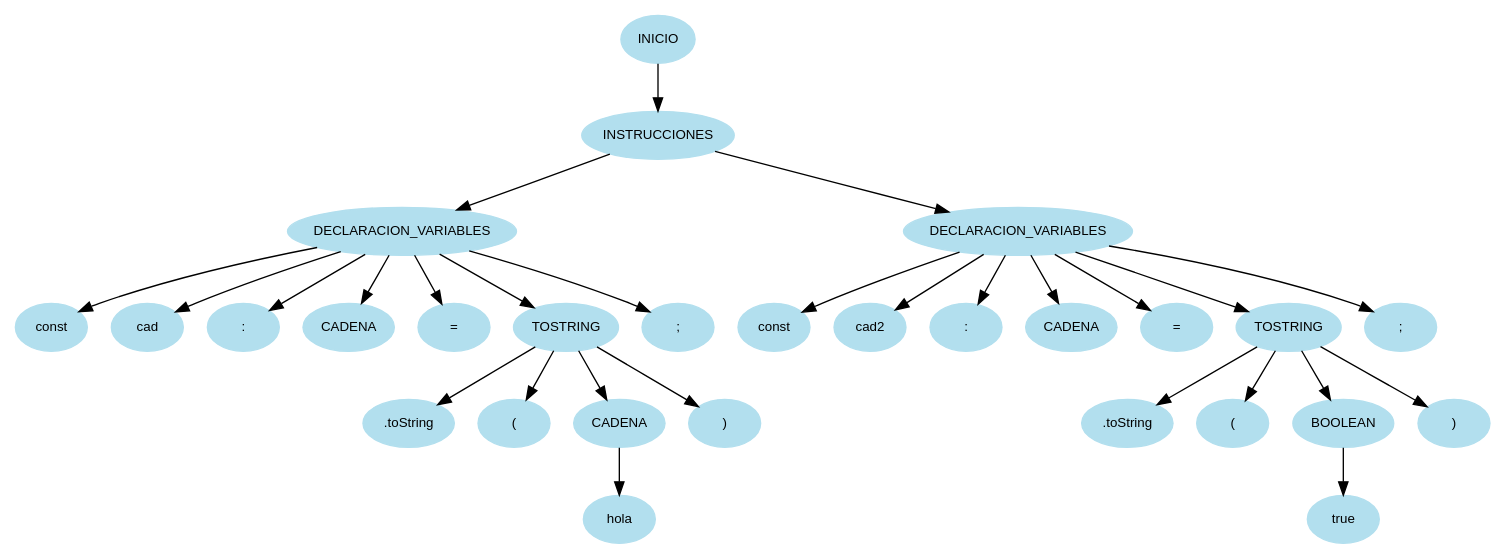
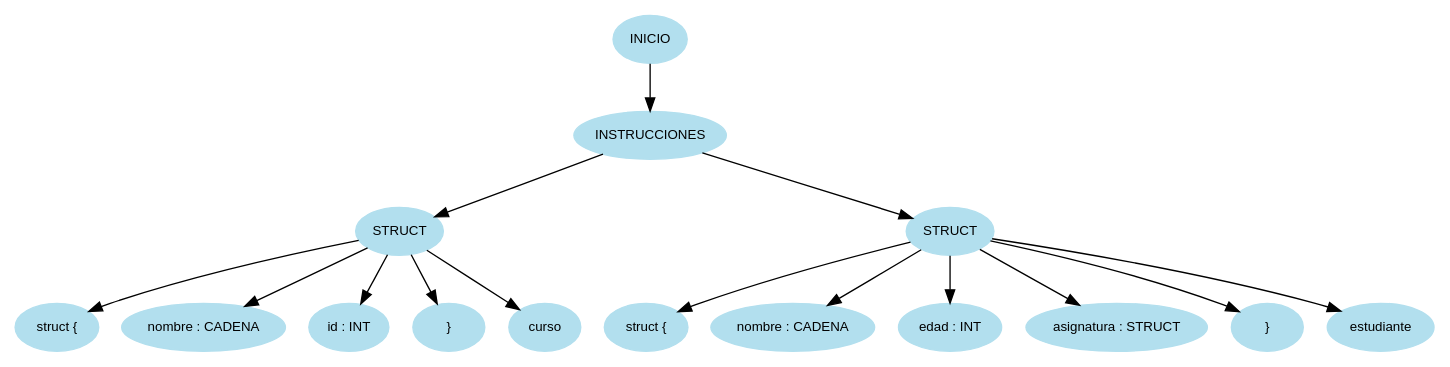
One commit to MMP119/OLC1_JavaCraft changed the diagram in Fase_1/Reports/arbolAST.dot. Above: the diagram before and after it, drawn with Graphviz. The commit also changed 12 other files, not shown here.

```diff
--- a/Fase_1/Reports/arbolAST.dot
+++ b/Fase_1/Reports/arbolAST.dot
@@ -1,59 +1,33 @@
 digraph arbolAST{
 node [shape=oval, style=filled, color=lightblue2, fontname=Helvetica, fontsize=10];
 edge [fontname=Helvetica, fontsize=10];
 n0[label="INICIO"];
 n1[label="INSTRUCCIONES"];
 n0 -> n1;
-n2[label="DECLARACION_VARIABLES"];
+n2[label="STRUCT"];
 n1 -> n2;
-n3[label="const"];
+n3[label="struct {"];
 n2 -> n3;
-n4[label="cad"];
+n4[label="nombre : CADENA"];
 n2 -> n4;
-n5[label=":"];
+n5[label="id : INT"];
 n2 -> n5;
-n6[label="CADENA"];
+n6[label="}"];
 n2 -> n6;
-n7[label="="];
+n7[label="curso"];
 n2 -> n7;
-n8[label="TOSTRING"];
-n2 -> n8;
-n9[label=".toString"];
+n8[label="STRUCT"];
+n1 -> n8;
+n9[label="struct {"];
 n8 -> n9;
-n10[label="("];
+n10[label="nombre : CADENA"];
 n8 -> n10;
-n11[label="CADENA"];
+n11[label="edad : INT"];
 n8 -> n11;
-n12[label="hola"];
-n11 -> n12;
-n13[label=")"];
+n12[label="asignatura : STRUCT"];
+n8 -> n12;
+n13[label="}"];
 n8 -> n13;
-n14[label=";"];
-n2 -> n14;
-n15[label="DECLARACION_VARIABLES"];
-n1 -> n15;
-n16[label="const"];
-n15 -> n16;
-n17[label="cad2"];
-n15 -> n17;
-n18[label=":"];
-n15 -> n18;
-n19[label="CADENA"];
-n15 -> n19;
-n20[label="="];
-n15 -> n20;
-n21[label="TOSTRING"];
-n15 -> n21;
-n22[label=".toString"];
-n21 -> n22;
-n23[label="("];
-n21 -> n23;
-n24[label="BOOLEAN"];
-n21 -> n24;
-n25[label="true"];
-n24 -> n25;
-n26[label=")"];
-n21 -> n26;
-n27[label=";"];
-n15 -> n27;
+n14[label="estudiante"];
+n8 -> n14;
 }
```
